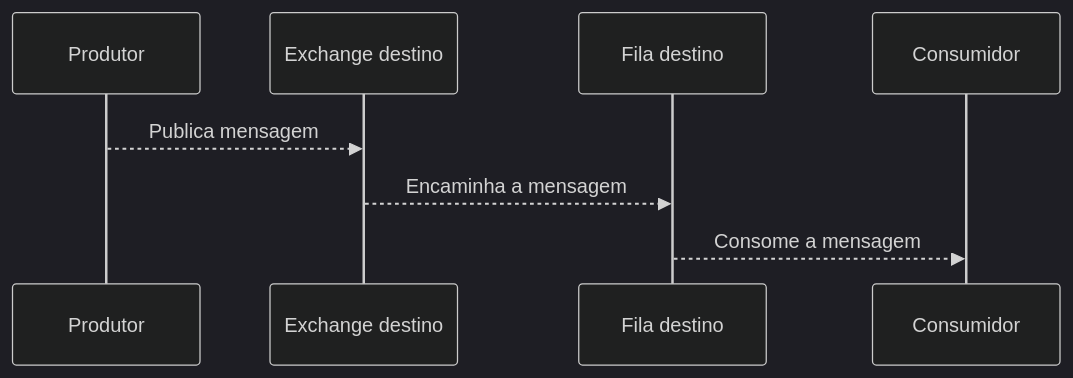
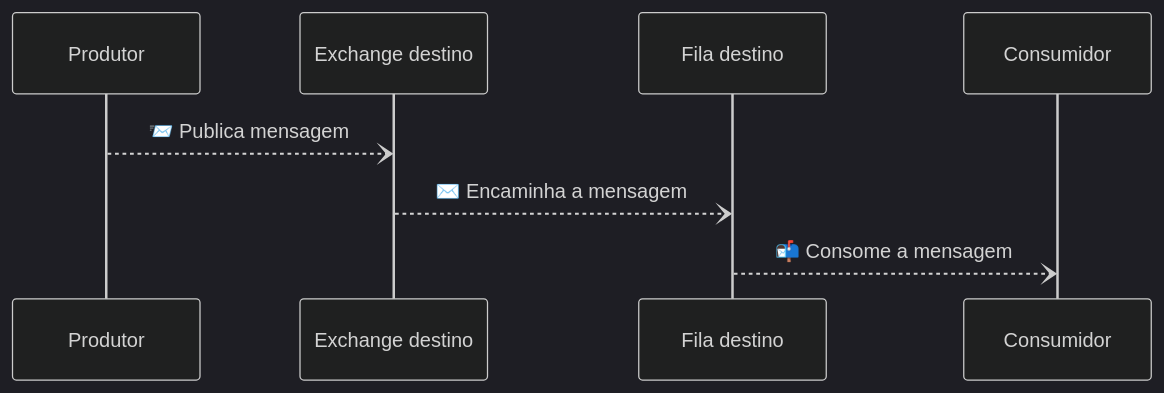
Before and after one commit to alisonsm92/delayed-rabbit: the first of 2 diagrams in readme.md, drawn with Mermaid (dark theme). The commit also changed other lines of this file, not shown here.

````diff
--- a/readme.md
+++ b/readme.md
@@ -15,6 +19,6 @@
 ```mermaid
 sequenceDiagram
-    Produtor-->>Exchange destino: Publica mensagem
-    Exchange destino-->>Fila destino: Encaminha a mensagem
-    Fila destino-->>Consumidor: Consome a mensagem
+    Produtor--)Exchange destino: 📨 Publica mensagem
+    Exchange destino--)Fila destino: ✉️ Encaminha a mensagem
+    Fila destino--)Consumidor: 📬 Consome a mensagem
 ```
````
